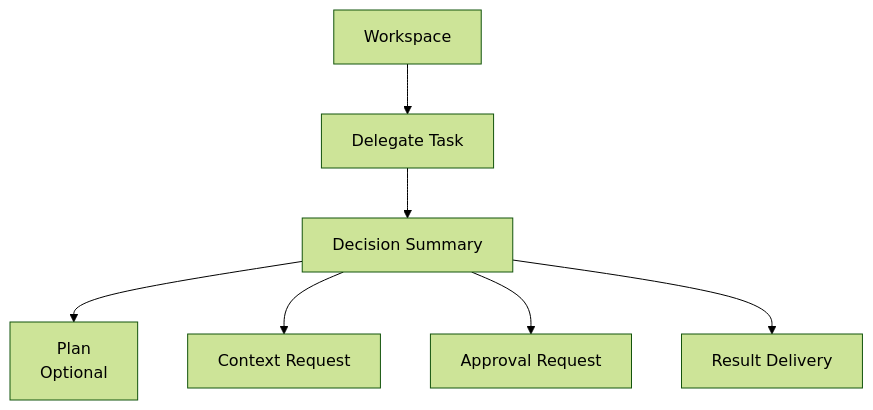
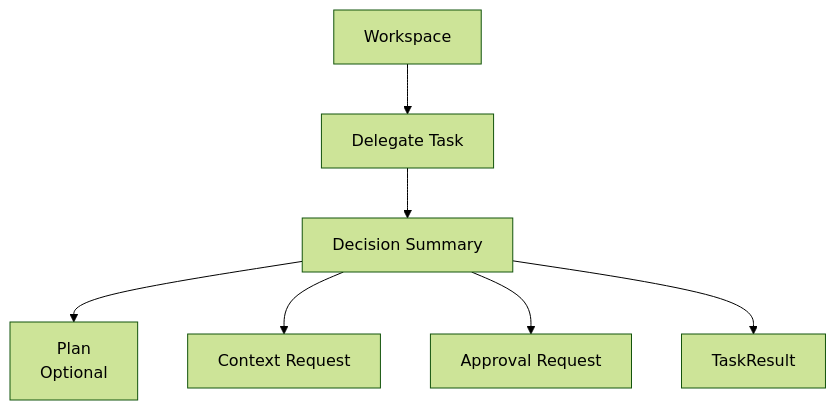
Before and after one commit to suberking0212/Astra-OS: the diagram in docs/Chinese/mvp/WORKSPACE_VISUAL_BASELINE.md, drawn with Mermaid (forest theme). The commit also changed other lines of this file and 5 other files, not shown here.

Commit message:
docs: clarify executor tool and task result boundaries

````diff
--- a/docs/Chinese/mvp/WORKSPACE_VISUAL_BASELINE.md
+++ b/docs/Chinese/mvp/WORKSPACE_VISUAL_BASELINE.md
@@ -55,9 +55,9 @@
 ```mermaid
 flowchart TD
   W[Workspace] --> T[Delegate Task]
   T --> D[Decision Summary]
   D --> P[Plan<br/>Optional]
   D --> C[Context Request]
   D --> A[Approval Request]
-  D --> R[Result Delivery]
+  D --> R[TaskResult]
 ```
````
